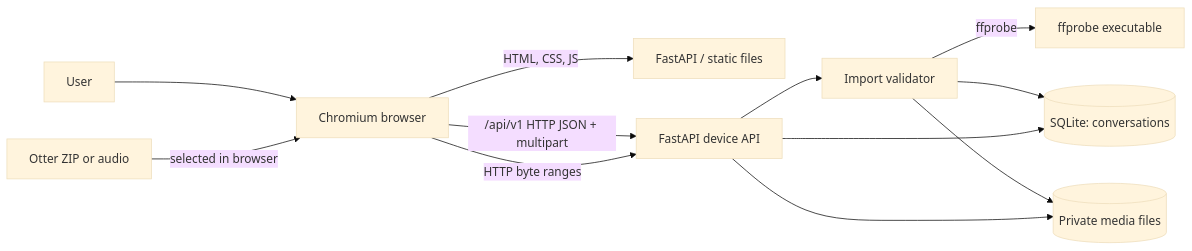
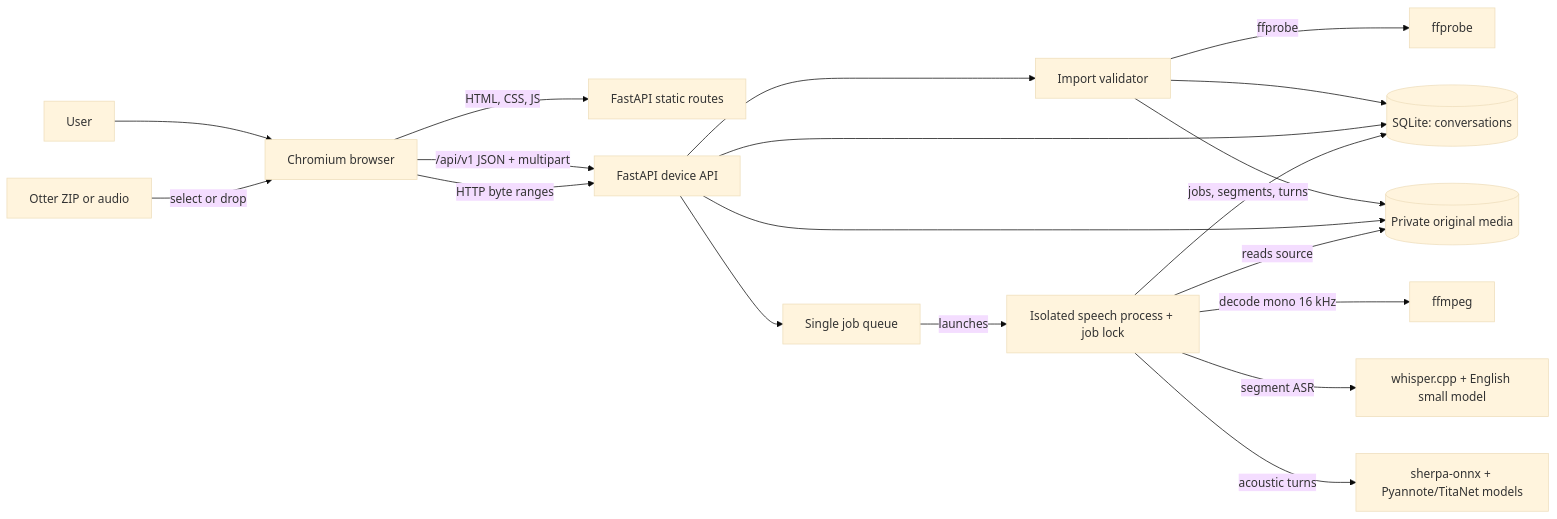
One commit to reversely/stellis-health-dev changed the diagram in docs/current-architecture.md. Above: the diagram before and after it, drawn with Mermaid (base theme). The commit also changed other lines of this file and 15 other files, not shown here.

First line of the commit message:
Run on-device speech and diarization from browser (#30)

````diff
--- a/docs/current-architecture.md
+++ b/docs/current-architecture.md
@@ -7,14 +7,21 @@
 ```mermaid
 flowchart LR
   U[User] --> C[Chromium browser]
-  C -->|HTML, CSS, JS| F[FastAPI / static files]
-  C -->|/api/v1 HTTP JSON + multipart| A[FastAPI device API]
+  Z[Otter ZIP or audio] -->|select or drop| C
+  C -->|HTML, CSS, JS| F[FastAPI static routes]
+  C -->|/api/v1 JSON + multipart| A[FastAPI device API]
   C -->|HTTP byte ranges| A
   A --> I[Import validator]
-  I -->|ffprobe| P[ffprobe executable]
+  I -->|ffprobe| P[ffprobe]
   I --> D[(SQLite: conversations)]
-  I --> M[(Private media files)]
+  I --> M[(Private original media)]
   A --> D
   A --> M
-  Z[Otter ZIP or audio] -->|selected in browser| C
+  A --> J[Single job queue]
+  J -->|launches| X[Isolated speech process + job lock]
+  X -->|decode mono 16 kHz| E[ffmpeg]
+  X -->|segment ASR| W[whisper.cpp + English small model]
+  X -->|acoustic turns| S[sherpa-onnx + Pyannote/TitaNet models]
+  X -->|jobs, segments, turns| D
+  X -->|reads source| M
 ```
````
